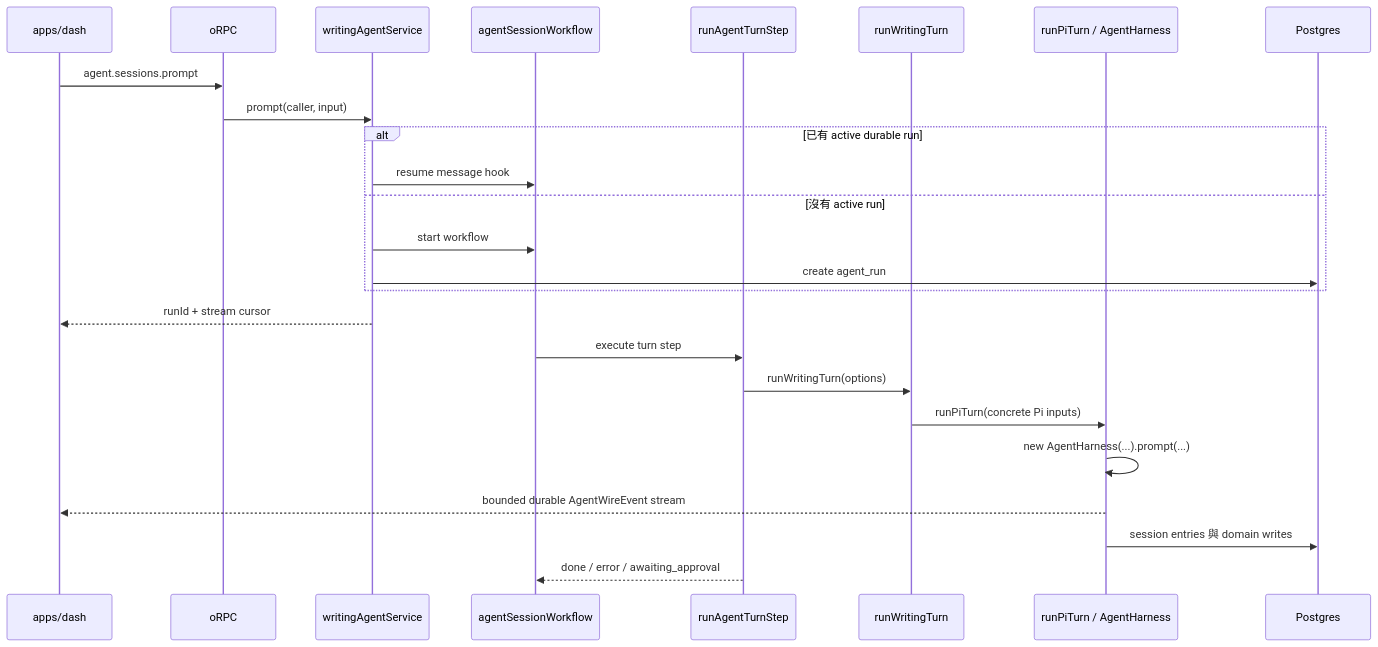
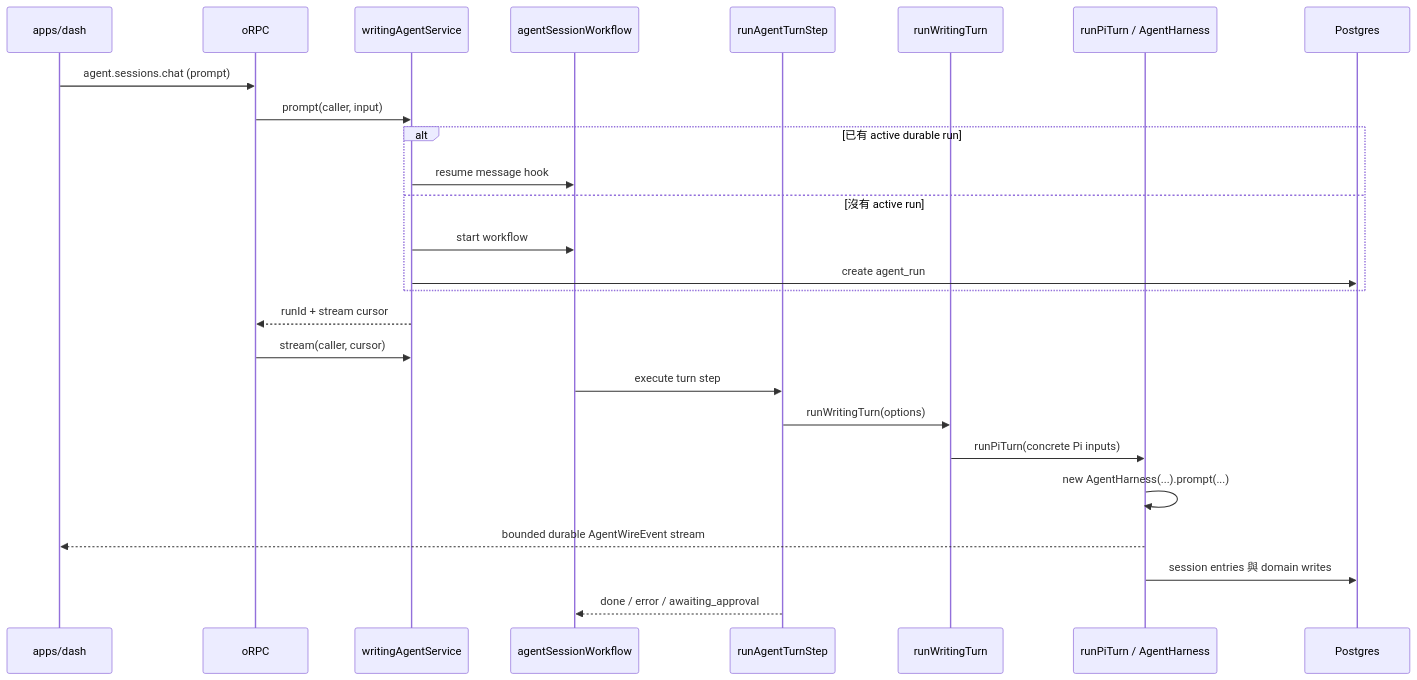
Before and after one commit to Chia1104/chia1104.dev: the second of 3 diagrams in docs/agent-architecture.zh.md, drawn with Mermaid. The commit also changed 9 other files, not shown here.

First line of the commit message:
refactor(agent): make agent.sessions.chat the only turn transport

````diff
--- a/docs/agent-architecture.zh.md
+++ b/docs/agent-architecture.zh.md
@@ -103,28 +103,29 @@
 ```mermaid
 sequenceDiagram
     participant UI as apps/dash
     participant RPC as oRPC
     participant SVC as writingAgentService
     participant WF as agentSessionWorkflow
     participant STEP as runAgentTurnStep
     participant WR as runWritingTurn
     participant PI as runPiTurn / AgentHarness
     participant PG as Postgres
 
-    UI->>RPC: agent.sessions.prompt
+    UI->>RPC: agent.sessions.chat (prompt)
     RPC->>SVC: prompt(caller, input)
     alt 已有 active durable run
         SVC->>WF: resume message hook
     else 沒有 active run
         SVC->>WF: start workflow
         SVC->>PG: create agent_run
     end
-    SVC-->>UI: runId + stream cursor
+    SVC-->>RPC: runId + stream cursor
+    RPC->>SVC: stream(caller, cursor)
     WF->>STEP: execute turn step
     STEP->>WR: runWritingTurn(options)
     WR->>PI: runPiTurn(concrete Pi inputs)
     PI->>PI: new AgentHarness(...).prompt(...)
     PI-->>UI: bounded durable AgentWireEvent stream
     PI->>PG: session entries 與 domain writes
     STEP-->>WF: done / error / awaiting_approval
 ```
````
